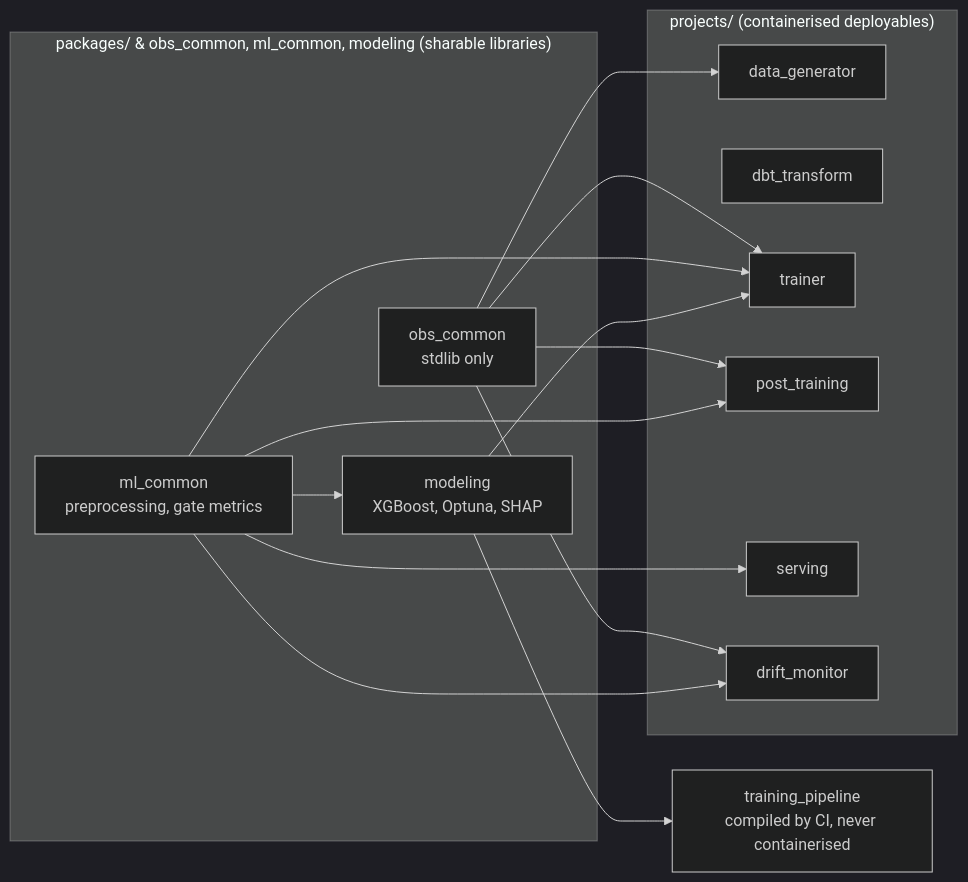
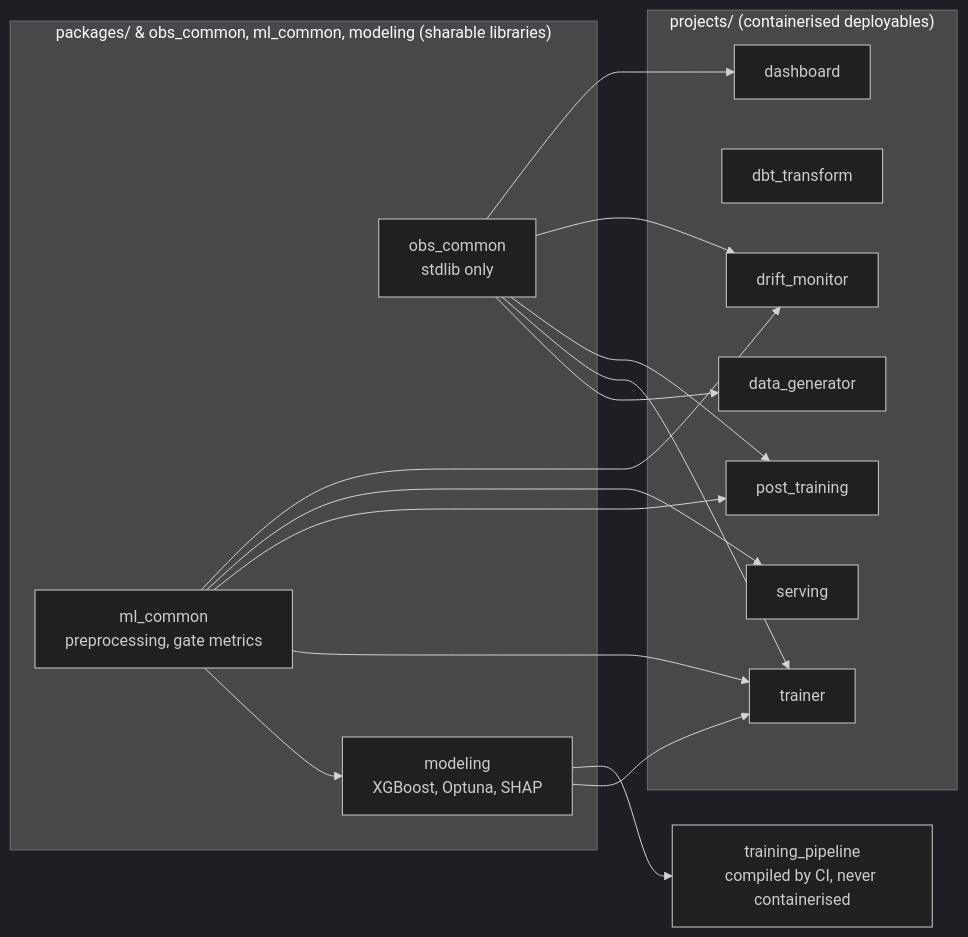
Before and after one commit to marcopellegrinoit/gcp-mlops-customer-churn: the diagram in docs/architecture.md, drawn with Mermaid (dark theme). The commit also changed other lines of this file and 124 other files, not shown here.

````diff
--- a/docs/architecture.md
+++ b/docs/architecture.md
@@ -11,34 +11,36 @@
 ```mermaid
 flowchart LR
     subgraph Packages["packages/ & obs_common, ml_common, modeling (sharable libraries)"]
         OBS[obs_common<br/>stdlib only]
         MLC[ml_common<br/>preprocessing, gate metrics]
         MOD[modeling<br/>XGBoost, Optuna, SHAP]
     end
 
     subgraph Deployables["projects/ (containerised deployables)"]
         DG[data_generator]
         DBT[dbt_transform]
         TR[trainer]
         PT[post_training]
         SV[serving]
         DM[drift_monitor]
+        DASH[dashboard]
     end
 
     TP[training_pipeline<br/>compiled by CI, never containerised]
 
     MLC --> MOD
 
     OBS --> DG
     OBS --> TR
     OBS --> PT
     OBS --> DM
+    OBS --> DASH
 
     MLC --> TR
     MLC --> PT
     MLC --> SV
     MLC --> DM
 
     MOD --> TR
     MOD --> TP
 ```
````
